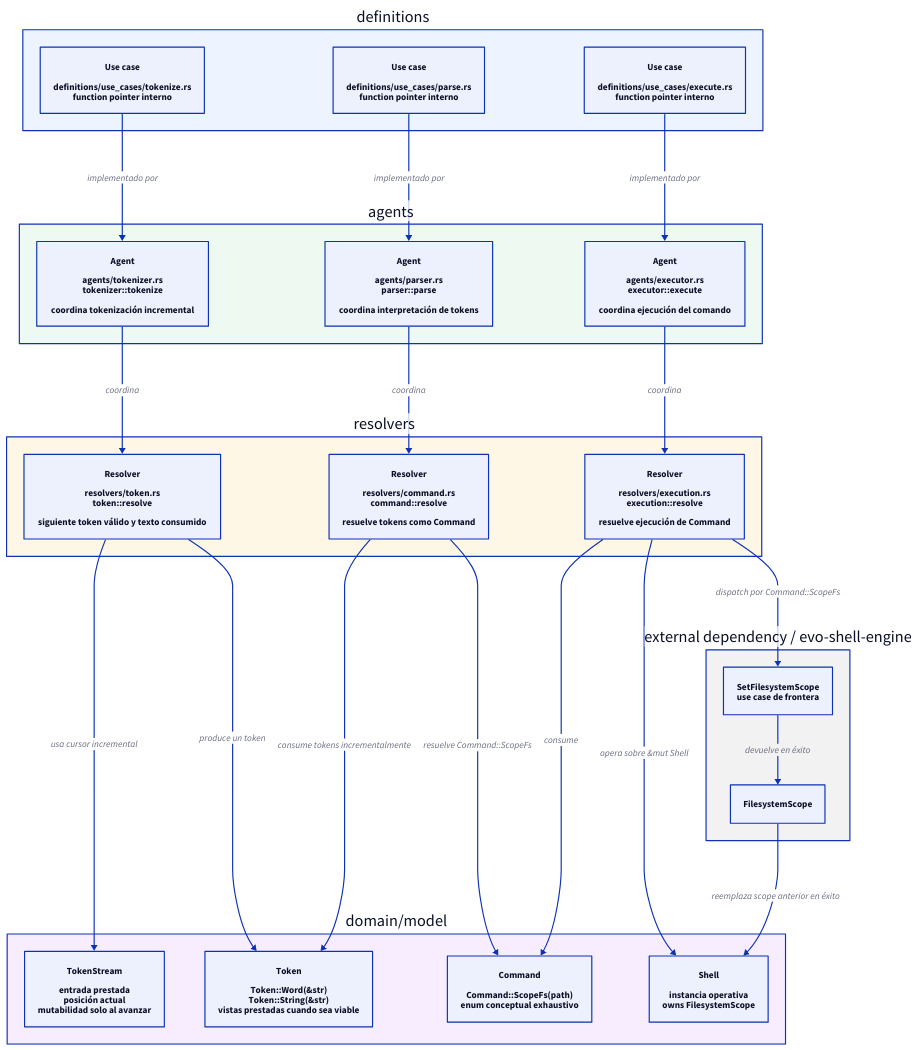
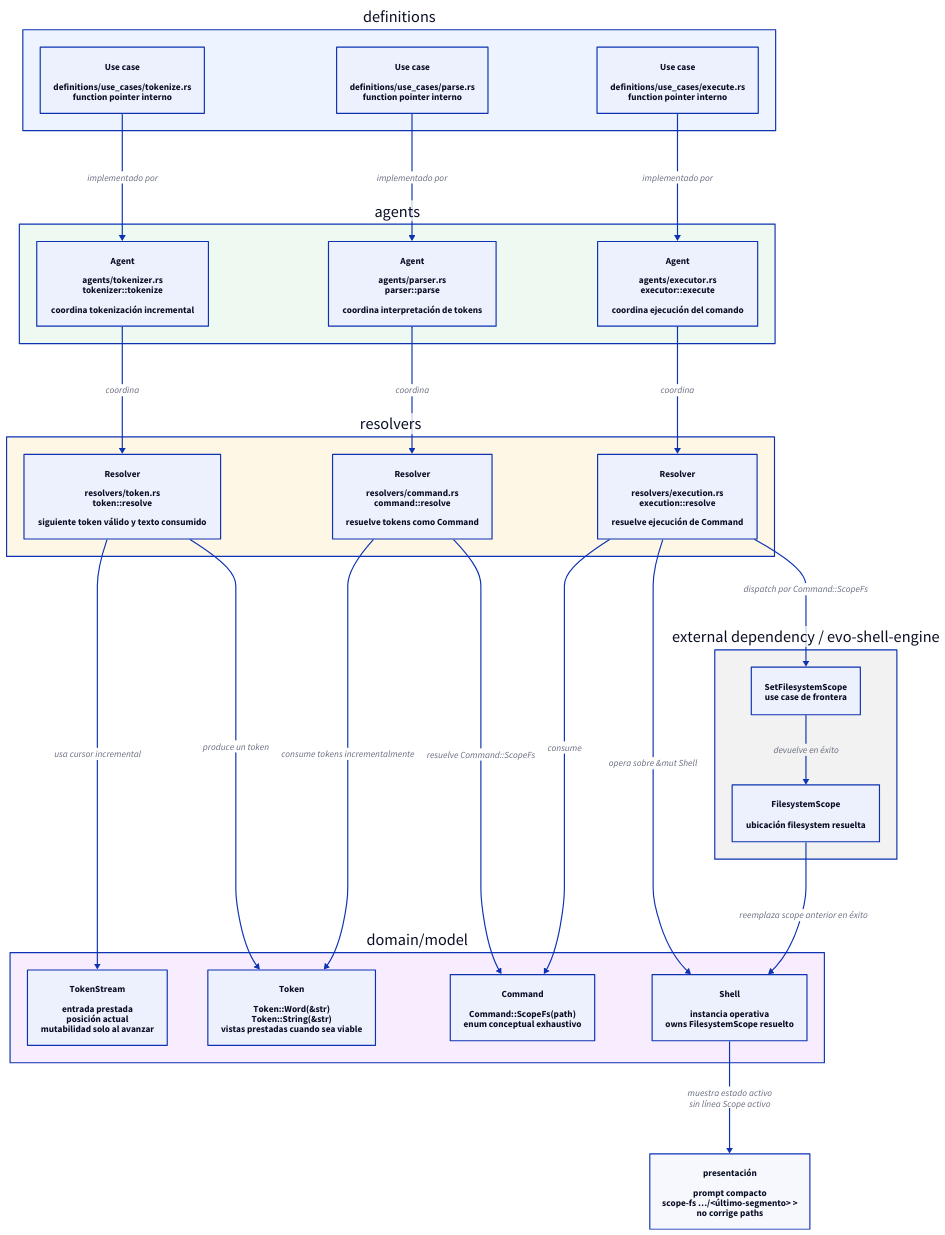
One commit to niqel/evolution changed the diagram in evo-shell/technical_documentation/use_cases/UC-001-set-filesystem-scope-command/architecture.d2. Above: the diagram before and after it, drawn with D2. The commit also changed 16 other files, not shown here.

Commit message:
docs: define resolved filesystem scope and compact prompt

```diff
--- a/evo-shell/technical_documentation/use_cases/UC-001-set-filesystem-scope-command/architecture.d2
+++ b/evo-shell/technical_documentation/use_cases/UC-001-set-filesystem-scope-command/architecture.d2
@@ -1,99 +1,105 @@
 direction: down
 
 definitions: "definitions" {
   style.fill: "#edf4ff"
 
   tokenize: "Use case\n\ndefinitions/use_cases/tokenize.rs\nfunction pointer interno" {
     shape: rectangle
   }
 
   parse: "Use case\n\ndefinitions/use_cases/parse.rs\nfunction pointer interno" {
     shape: rectangle
   }
 
   execute: "Use case\n\ndefinitions/use_cases/execute.rs\nfunction pointer interno" {
     shape: rectangle
   }
 }
 
 agents: "agents" {
   style.fill: "#eefaf1"
 
   tokenizer: "Agent\n\nagents/tokenizer.rs\ntokenizer::tokenize\n\ncoordina tokenización incremental" {
     shape: rectangle
   }
 
   parser: "Agent\n\nagents/parser.rs\nparser::parse\n\ncoordina interpretación de tokens" {
     shape: rectangle
   }
 
   executor: "Agent\n\nagents/executor.rs\nexecutor::execute\n\ncoordina ejecución del comando" {
     shape: rectangle
   }
 }
 
 resolvers: "resolvers" {
   style.fill: "#fff7e6"
 
   token: "Resolver\n\nresolvers/token.rs\ntoken::resolve\n\nsiguiente token válido y texto consumido" {
     shape: rectangle
   }
 
   command: "Resolver\n\nresolvers/command.rs\ncommand::resolve\n\nresuelve tokens como Command" {
     shape: rectangle
   }
 
   execution: "Resolver\n\nresolvers/execution.rs\nexecution::resolve\n\nresuelve ejecución de Command" {
     shape: rectangle
   }
 }
 
 domain: "domain/model" {
   style.fill: "#f7edff"
 
   token_stream: "TokenStream\n\nentrada prestada\nposición actual\nmutabilidad solo al avanzar" {
     shape: rectangle
   }
 
   token_model: "Token\n\nToken::Word(&str)\nToken::String(&str)\nvistas prestadas cuando sea viable" {
     shape: rectangle
   }
 
   command_model: "Command\n\nCommand::ScopeFs(path)\nenum conceptual exhaustivo" {
     shape: rectangle
   }
 
-  shell: "Shell\n\ninstancia operativa\nowns FilesystemScope" {
+  shell: "Shell\n\ninstancia operativa\nowns FilesystemScope resuelto" {
     shape: rectangle
   }
 }
 
 external: "external dependency / evo-shell-engine" {
   style.fill: "#f2f2f2"
 
   set_filesystem_scope: "SetFilesystemScope\nuse case de frontera" {
     shape: rectangle
   }
 
-  filesystem_scope: "FilesystemScope" {
+  filesystem_scope: "FilesystemScope\n\nubicación filesystem resuelta" {
     shape: rectangle
   }
 }
 
 definitions.tokenize -> agents.tokenizer: "implementado por"
 agents.tokenizer -> resolvers.token: "coordina"
 resolvers.token -> domain.token_stream: "usa cursor incremental"
 resolvers.token -> domain.token_model: "produce un token"
 
 definitions.parse -> agents.parser: "implementado por"
 agents.parser -> resolvers.command: "coordina"
 resolvers.command -> domain.token_model: "consume tokens incrementalmente"
 resolvers.command -> domain.command_model: "resuelve Command::ScopeFs"
 
 definitions.execute -> agents.executor: "implementado por"
 agents.executor -> resolvers.execution: "coordina"
 resolvers.execution -> domain.command_model: "consume"
 resolvers.execution -> domain.shell: "opera sobre &mut Shell"
 resolvers.execution -> external.set_filesystem_scope: "dispatch por Command::ScopeFs"
 external.set_filesystem_scope -> external.filesystem_scope: "devuelve en éxito"
 external.filesystem_scope -> domain.shell: "reemplaza scope anterior en éxito"
+
+presentation: "presentación\n\nprompt compacto\nscope-fs …/<último-segmento> >\nno corrige paths" {
+  shape: rectangle
+}
+
+domain.shell -> presentation: "muestra estado activo\nsin línea Scope activo"
```
